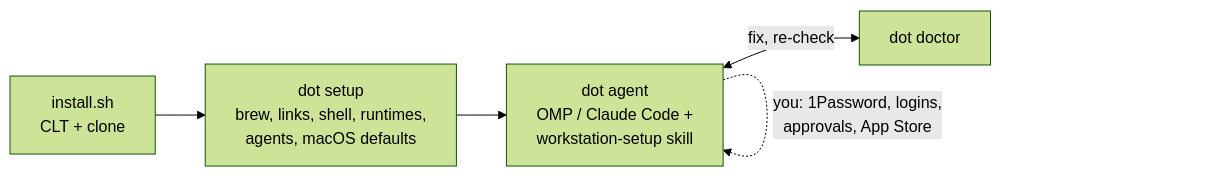
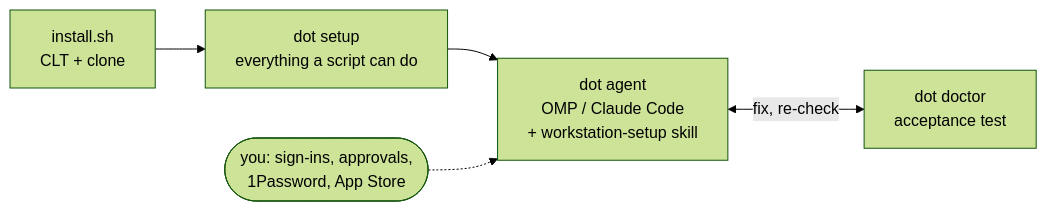
One commit to rozsival/dotfiles changed the diagram in README.md. Above: the diagram before and after it, drawn with Mermaid (forest theme). The commit also changed other lines of this file, not shown here.

````diff
--- a/README.md
+++ b/README.md
@@ -8,7 +66,7 @@
 ```mermaid
 flowchart LR
-  I["install.sh<br/>CLT + clone"] --> S["dot setup<br/>brew, links, shell, runtimes,<br/>agents, macOS defaults"]
-  S --> A["dot agent<br/>OMP / Claude Code +<br/>workstation-setup skill"]
-  A <-->|"fix, re-check"| D["dot doctor"]
-  A -.->|"you: 1Password, logins,<br/>approvals, App Store"| A
+  I["install.sh<br/>CLT + clone"] --> S["dot setup<br/>everything a script can do"]
+  S --> A["dot agent<br/>OMP / Claude Code<br/>+ workstation-setup skill"]
+  A <-->|" fix, re-check "| D["dot doctor<br/>acceptance test"]
+  Y(["you: sign-ins, approvals,<br/>1Password, App Store"]) -.-> A
 ```
````
